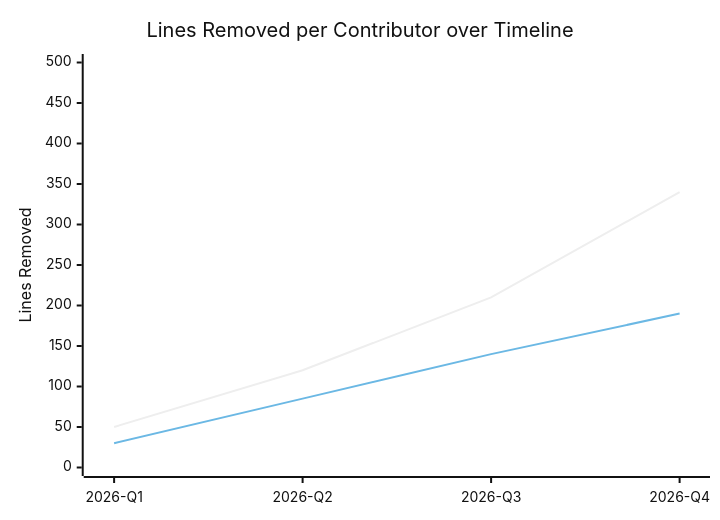
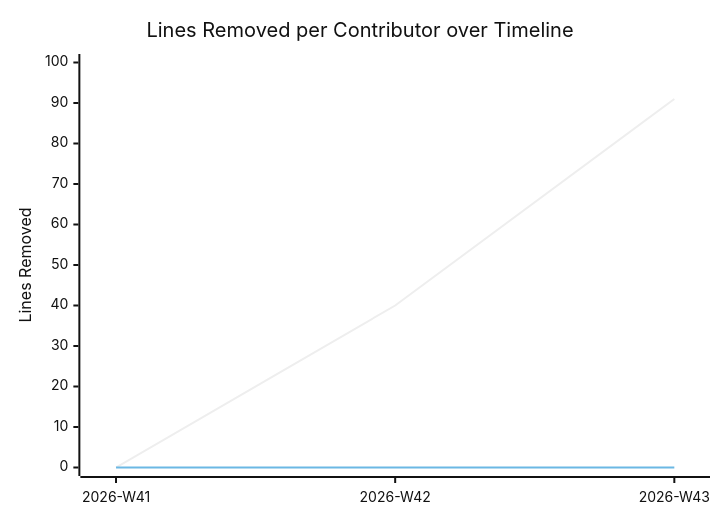
Before and after one commit to BeyondMagic/swe-template: the diagram in documentation/snippets/management/code-deletions.mmd, drawn with Mermaid (neutral theme). The commit also changed 8 other files, not shown here.

```diff
--- a/documentation/snippets/management/code-deletions.mmd
+++ b/documentation/snippets/management/code-deletions.mmd
@@ -1,6 +1,6 @@
 xychart-beta
     title "Lines Removed per Contributor over Timeline"
-    x-axis ["2026-Q1", "2026-Q2", "2026-Q3", "2026-Q4"]
-    y-axis "Lines Removed" 0 --> 500
-    line [50, 120, 210, 340]
-    line [30, 85, 140, 190]
+    x-axis ["2026-W41", "2026-W42", "2026-W43"]
+    y-axis "Lines Removed" 0 --> 100
+    line [0, 40, 91]
+    line [0, 0, 0]
```
